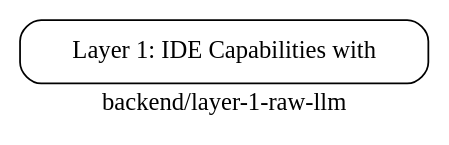
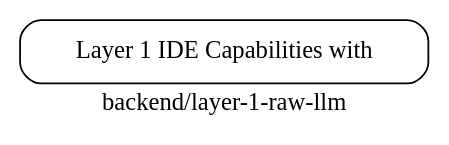
One commit to uvlightdrops/kicli-code-assist changed the diagram in doc/.graphs/backend_layer-1-raw-llm.dot. Above: the diagram before and after it, drawn with Graphviz. The commit also changed 7 other files, not shown here.

First line of the commit message:
Regenerate doc graphs with Layer 1/2/3 relations

```diff
--- a/doc/.graphs/backend_layer-1-raw-llm.dot
+++ b/doc/.graphs/backend_layer-1-raw-llm.dot
@@ -1,8 +1,8 @@
 digraph "Doc Graph" {
   rankdir=LR;
   node [shape=box, style=rounded];
   label="backend/layer-1-raw-llm";
   
-  "IDE_CAPABILITIES" [label="Layer 1: IDE Capabilities with"];
+  "IDE_CAPABILITIES" [label="Layer 1 IDE Capabilities with "];
   
 }
```
